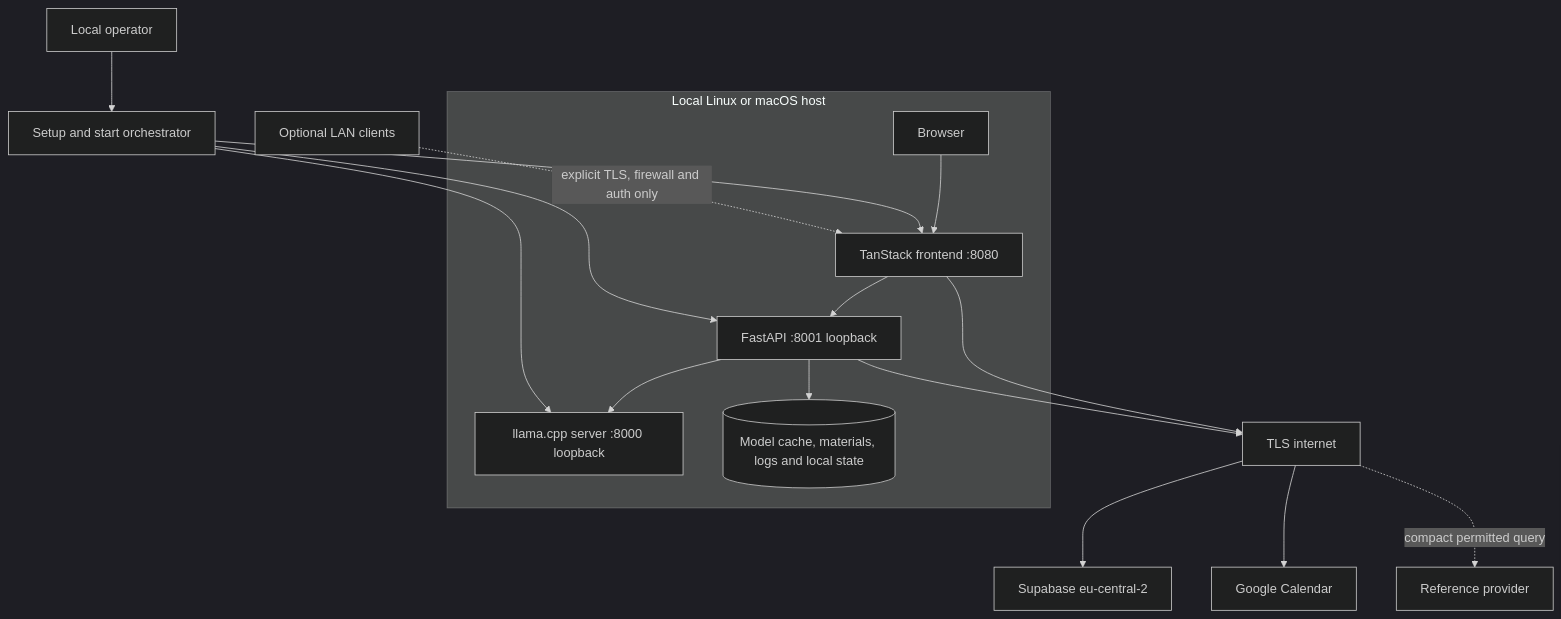
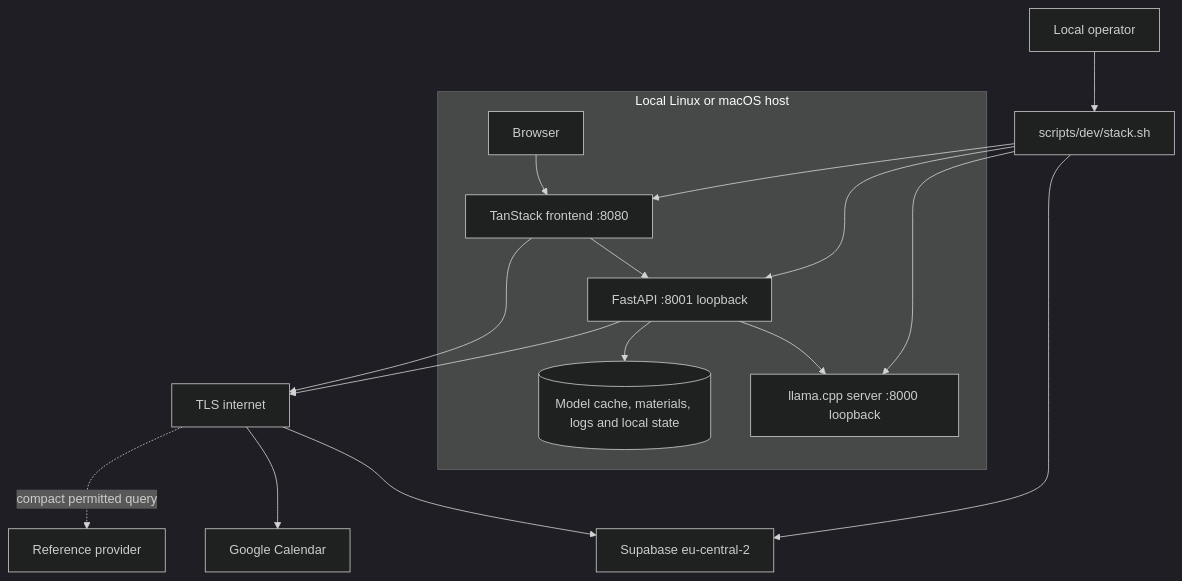
Before and after one commit to keyshavmor/study-swiss-star: the diagram in docs/cross-system/diagrams/LOCAL_DEPLOYMENT.mmd, drawn with Mermaid (dark theme). The commit also changed 61 other files, not shown here.

Commit message:
implement prompt 08 local operations and archives

```diff
--- a/docs/cross-system/diagrams/LOCAL_DEPLOYMENT.mmd
+++ b/docs/cross-system/diagrams/LOCAL_DEPLOYMENT.mmd
@@ -1,26 +1,26 @@
 flowchart TB
   subgraph Host[Local Linux or macOS host]
     Browser[Browser]
     Frontend[TanStack frontend :8080]
     API[FastAPI :8001 loopback]
     Model[llama.cpp server :8000 loopback]
     Files[(Model cache, materials, logs and local state)]
     Browser --> Frontend
     Frontend --> API
     API --> Model
     API --> Files
   end
   Frontend --> TLS[TLS internet]
   API --> TLS
   TLS --> Supabase[Supabase eu-central-2]
   TLS --> Google[Google Calendar]
   TLS -. compact permitted query .-> Reference[Reference provider]
-  Operator[Local operator] --> Orchestrator[Setup and start orchestrator]
+  Operator[Local operator] --> Orchestrator[scripts/dev/stack.sh]
+  Orchestrator --> Supabase
+  Orchestrator --> Model
+  Orchestrator --> API
   Orchestrator --> Frontend
-  Orchestrator --> API
-  Orchestrator --> Model
-  LAN[Optional LAN clients] -. explicit TLS, firewall and auth only .-> Frontend
 %% Owner: cross-system architecture
-%% Status: current layer boundaries/model controller; Prompt 08 central launcher expected
-%% Verified: frontend f0910e6; target baseline bff4ec7; 2026-09-18
+%% Status: current layer boundaries and Prompt 08 central launcher
+%% Verified: frontend f0910e6; Prompt 08 lifecycle simulation; 2026-09-20
 %% Source: codex/diagrams/LOCAL_DEPLOYMENT.mmd
```
